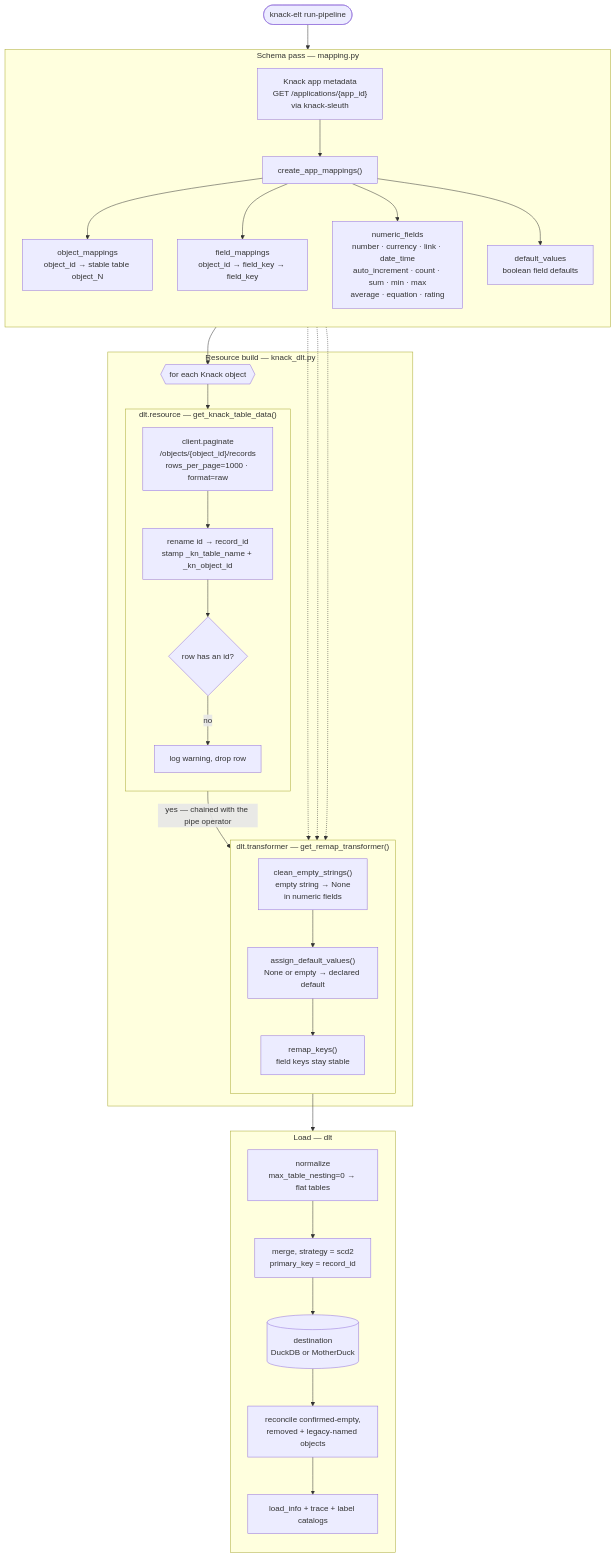
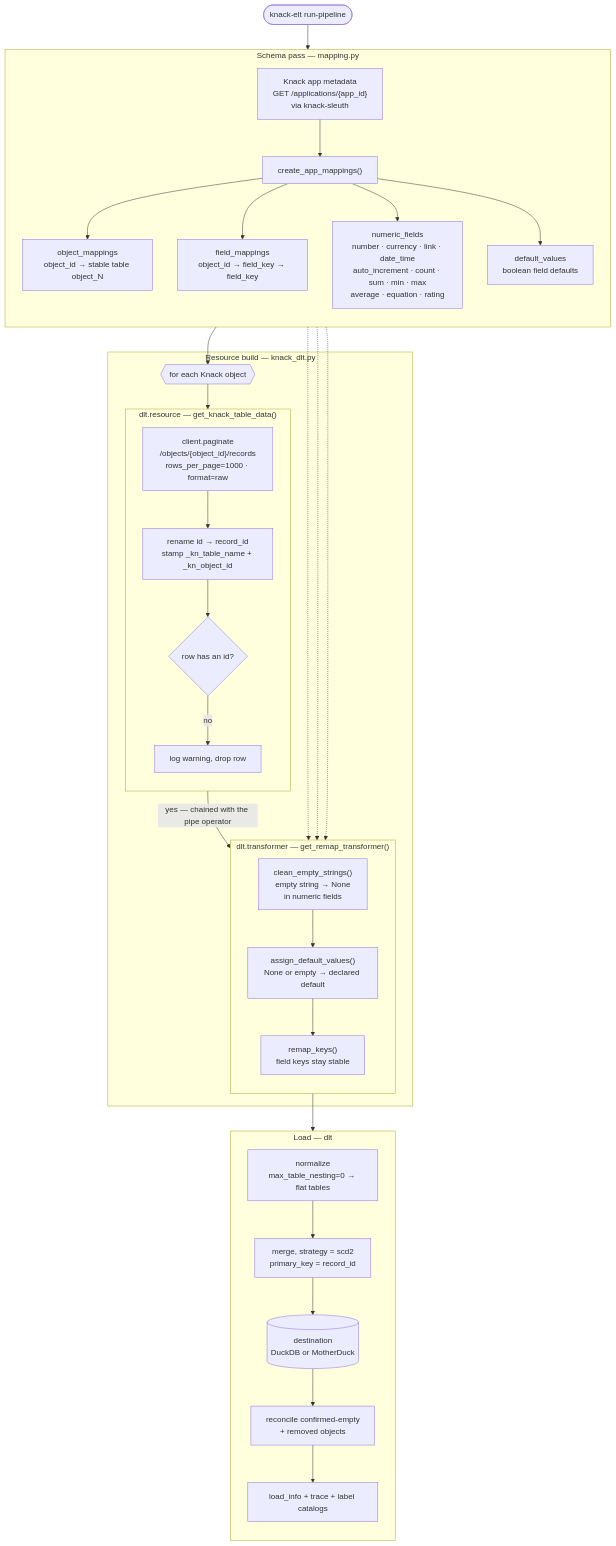
One commit to mcmasty/knack-elt changed the third of 5 diagrams in docs/ARCHITECTURE.md. Above: the diagram before and after it, drawn with Mermaid. The commit also changed 8 other files, not shown here.

````diff
--- a/docs/ARCHITECTURE.md
+++ b/docs/ARCHITECTURE.md
@@ -169,58 +169,58 @@
 ```mermaid
 flowchart TB
     start(["knack-elt run-pipeline"]) --> meta
 
     subgraph mapping["Schema pass — mapping.py"]
         direction TB
         meta["Knack app metadata<br/>GET /applications/{app_id}<br/>via knack-sleuth"]
         cam["create_app_mappings()"]
         meta --> cam
         cam --> om["object_mappings<br/>object_id → stable table object_N"]
         cam --> fm["field_mappings<br/>object_id → field_key → field_key"]
         cam --> nf["numeric_fields<br/>number · currency · link · date_time<br/>auto_increment · count · sum · min · max<br/>average · equation · rating"]
         cam --> dv["default_values<br/>boolean field defaults"]
     end
 
     om --> loop
 
     subgraph build["Resource build — knack_dlt.py"]
         loop{{"for each Knack object"}}
 
         subgraph resource["dlt.resource — get_knack_table_data()"]
             direction TB
             pg["client.paginate<br/>/objects/{object_id}/records<br/>rows_per_page=1000 · format=raw"]
             stamp["rename id → record_id<br/>stamp _kn_table_name + _kn_object_id"]
             pk{"row has an id?"}
             skip["log warning, drop row"]
             pg --> stamp --> pk
             pk -->|no| skip
         end
 
         subgraph transformer["dlt.transformer — get_remap_transformer()"]
             direction TB
             ces["clean_empty_strings()<br/>empty string → None<br/>in numeric fields"]
             adv["assign_default_values()<br/>None or empty → declared default"]
             rk["remap_keys()<br/>field keys stay stable"]
             ces --> adv --> rk
         end
 
         loop --> pg
         pk -->|"yes — chained with the pipe operator"| ces
     end
 
     nf -.-> ces
     dv -.-> adv
     fm -.-> rk
 
     rk --> norm
 
     subgraph load["Load — dlt"]
         direction TB
         norm["normalize<br/>max_table_nesting=0 → flat tables"]
         merge["merge, strategy = scd2<br/>primary_key = record_id"]
         dest[("destination<br/>DuckDB or MotherDuck")]
-        rec["reconcile confirmed-empty,<br/>removed + legacy-named objects"]
+        rec["reconcile confirmed-empty<br/>+ removed objects"]
         info["load_info + trace + label catalogs"]
         norm --> merge --> dest --> rec --> info
     end
 ```
````
